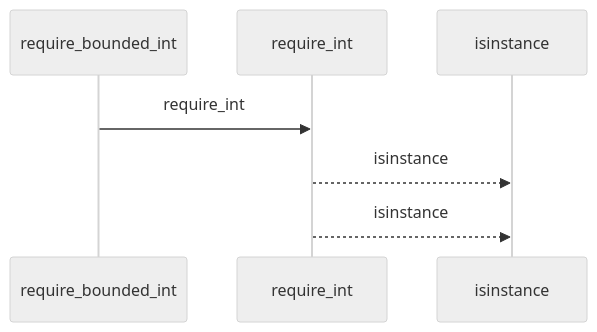
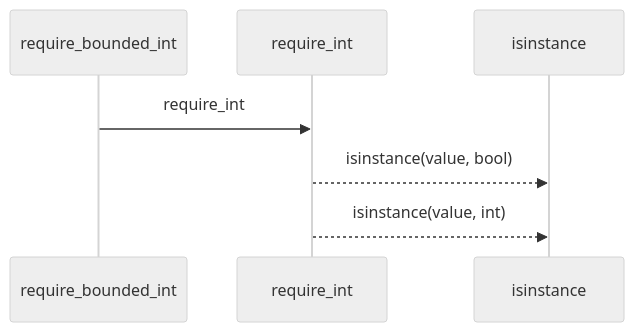
One commit to Denissvgn/python-wiki-llm changed the first of 2 diagrams in docs/llm_wiki/flows/api-require_bounded_int.md. Above: the diagram before and after it, drawn with Mermaid (neutral theme). The commit also changed other lines of this file and 1410 other files, not shown here.

````diff
--- a/docs/llm_wiki/flows/api-require_bounded_int.md
+++ b/docs/llm_wiki/flows/api-require_bounded_int.md
@@ -10,9 +12,9 @@
 ```mermaid
 sequenceDiagram
     participant p0 as require_bounded_int
     participant p1 as require_int
     participant p2 as isinstance
     p0->>p1: require_int
-    p1-->>p2: isinstance
-    p1-->>p2: isinstance
+    p1-->>p2: isinstance(value, bool)
+    p1-->>p2: isinstance(value, int)
 ```
````
